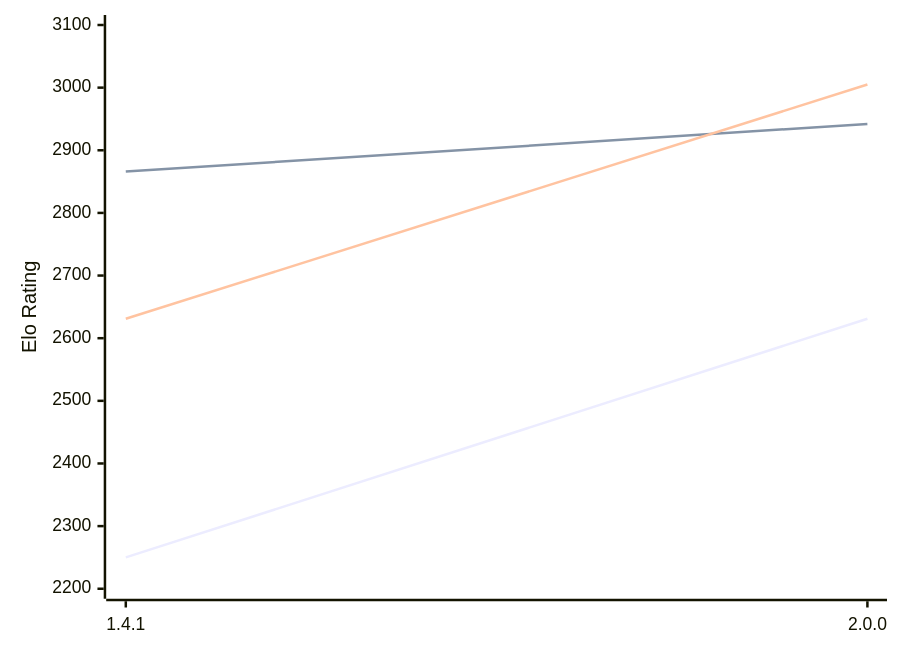
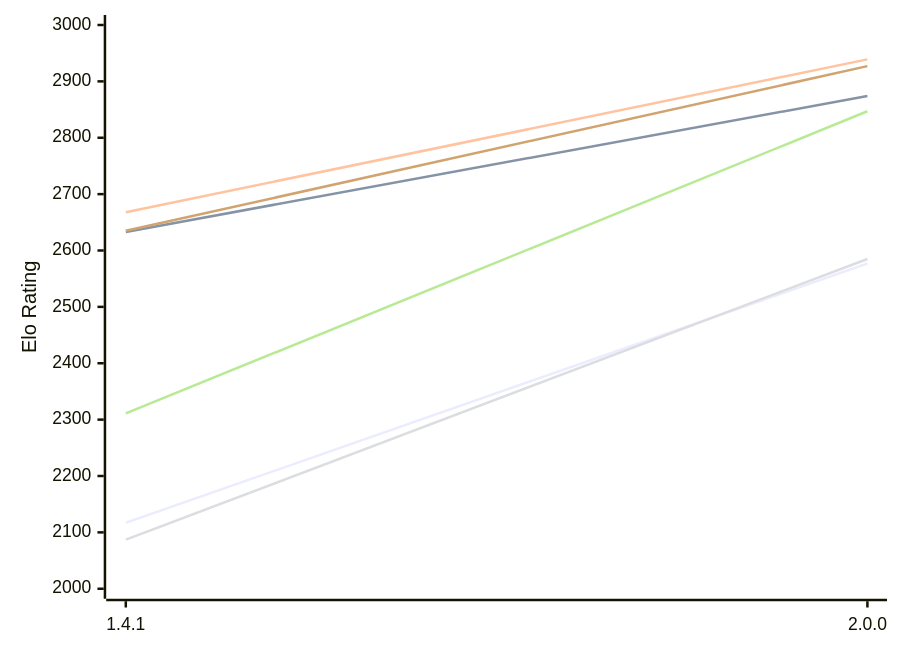
Before and after one commit to computer-chess-index/cci: the first of 2 diagrams in engines/Chal.md, drawn with Mermaid. The commit also changed other lines of this file, not shown here.

Commit message:
Update CCI Ratings (ELO VLTC) - 2026-11-13

````diff
--- a/engines/Chal.md
+++ b/engines/Chal.md
@@ -55,12 +55,12 @@
 ```mermaid
 %%{init: {"theme":"base","themeVariables":{"seriesColors:['#a3a3a3','#222221','#faa371']}}}%%
 xychart-beta
   x-axis ["1.4.1", "2.0.0"]
-  y-axis "Elo Rating" 2200 --> 3100
-  line "E1: STC (8.0+0.08s)" [2250, 2631]
-  line "E1: LTC (60.0+0.60s)" [2866, 2942]
-  line "E1: VLTC (2m24s+1.12s)" [2631, 3005]
-  line "P1: STC (8.0+0.08s)" [2743]
-  line "P1: LTC (60.0+0.60s)" [3015]
-  line "P1: VLTC (2m24s+1.12s)" [3096]
+  y-axis "Elo Rating" 2000 --> 3000
+  line "E1: STC (8.0+0.08s)" [2117, 2577]
+  line "E1: LTC (60.0+0.60s)" [2633, 2874]
+  line "E1: VLTC (2m24s+1.12s)" [2668, 2939]
+  line "P1: STC (8.0+0.08s)" [2087, 2585]
+  line "P1: LTC (60.0+0.60s)" [2311, 2847]
+  line "P1: VLTC (2m24s+1.12s)" [2635, 2927]
 ```
````
